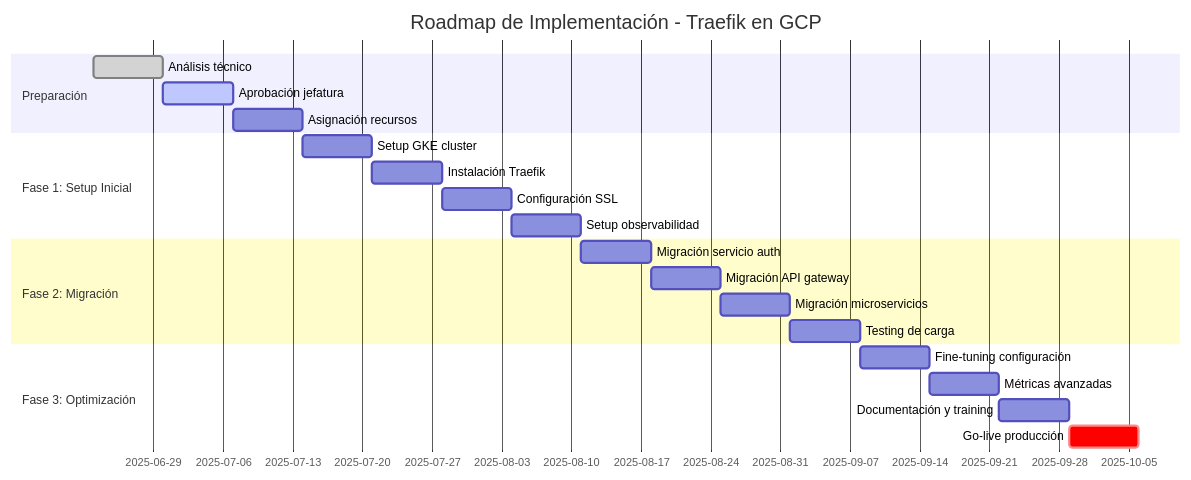
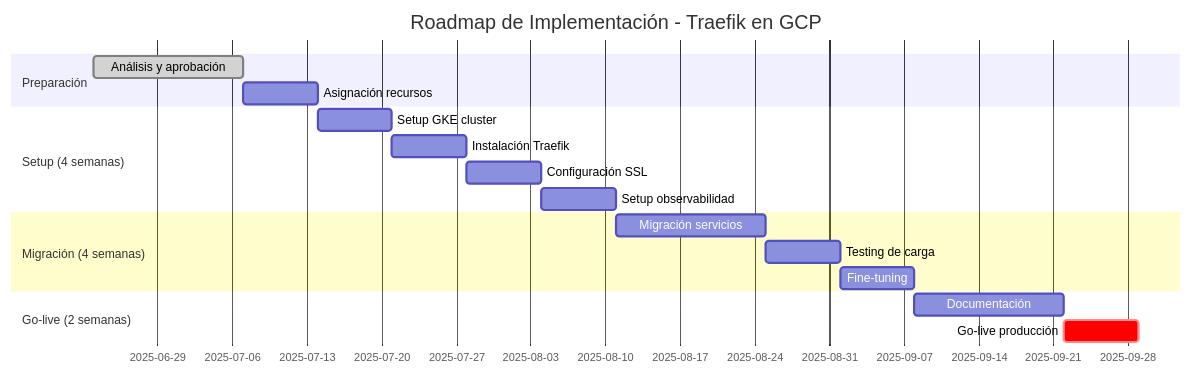
One commit to floxcristian/ecommerce-architecture-proposal-implementos changed the second of 2 diagrams in docs/tech-stack-decisions/reverse-proxy-comparison.md. Above: the diagram before and after it, drawn with Mermaid. The commit also changed other lines of this file, not shown here.

````diff
--- a/docs/tech-stack-decisions/reverse-proxy-comparison.md
+++ b/docs/tech-stack-decisions/reverse-proxy-comparison.md
@@ -208,27 +138,23 @@
 ```mermaid
 gantt
     title Roadmap de Implementación - Traefik en GCP
     dateFormat  YYYY-MM-DD
     section Preparación
-    Análisis técnico                :done,    prep1, 2025-06-23, 2025-06-30
-    Aprobación jefatura             :active,  prep2, 2025-06-30, 2025-07-07
-    Asignación recursos             :         prep3, 2025-07-07, 2025-07-14
+    Análisis y aprobación       :done,    prep1, 2025-06-23, 2025-07-07
+    Asignación recursos         :         prep2, 2025-07-07, 2025-07-14
 
-    section Fase 1: Setup Inicial
-    Setup GKE cluster               :         phase1-1, 2025-07-14, 2025-07-21
-    Instalación Traefik             :         phase1-2, 2025-07-21, 2025-07-28
-    Configuración SSL               :         phase1-3, 2025-07-28, 2025-08-04
-    Setup observabilidad            :         phase1-4, 2025-08-04, 2025-08-11
+    section Setup (4 semanas)
+    Setup GKE cluster           :         phase1-1, 2025-07-14, 2025-07-21
+    Instalación Traefik         :         phase1-2, 2025-07-21, 2025-07-28
+    Configuración SSL           :         phase1-3, 2025-07-28, 2025-08-04
+    Setup observabilidad        :         phase1-4, 2025-08-04, 2025-08-11
 
-    section Fase 2: Migración
-    Migración servicio auth         :         phase2-1, 2025-08-11, 2025-08-18
-    Migración API gateway           :         phase2-2, 2025-08-18, 2025-08-25
-    Migración microservicios        :         phase2-3, 2025-08-25, 2025-09-01
-    Testing de carga               :         phase2-4, 2025-09-01, 2025-09-08
+    section Migración (4 semanas)
+    Migración servicios         :         phase2-1, 2025-08-11, 2025-08-25
+    Testing de carga            :         phase2-2, 2025-08-25, 2025-09-01
+    Fine-tuning                 :         phase2-3, 2025-09-01, 2025-09-08
 
-    section Fase 3: Optimización
-    Fine-tuning configuración      :         phase3-1, 2025-09-08, 2025-09-15
-    Métricas avanzadas             :         phase3-2, 2025-09-15, 2025-09-22
-    Documentación y training       :         phase3-3, 2025-09-22, 2025-09-29
-    Go-live producción             :crit,    phase3-4, 2025-09-29, 2025-10-06
+    section Go-live (2 semanas)
+    Documentación               :         phase3-1, 2025-09-08, 2025-09-22
+    Go-live producción          :crit,    phase3-2, 2025-09-22, 2025-09-29
 ```
````
